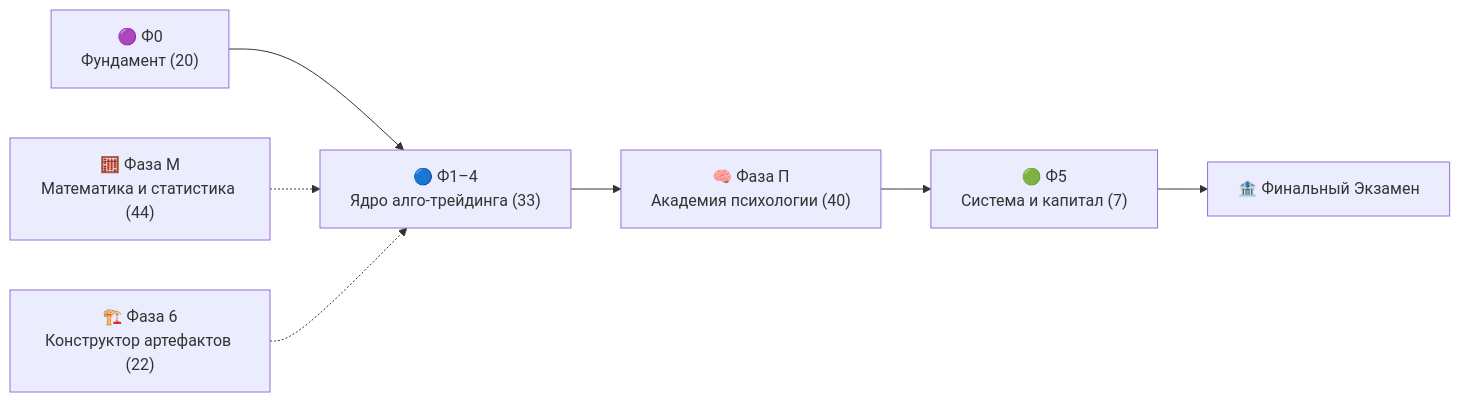
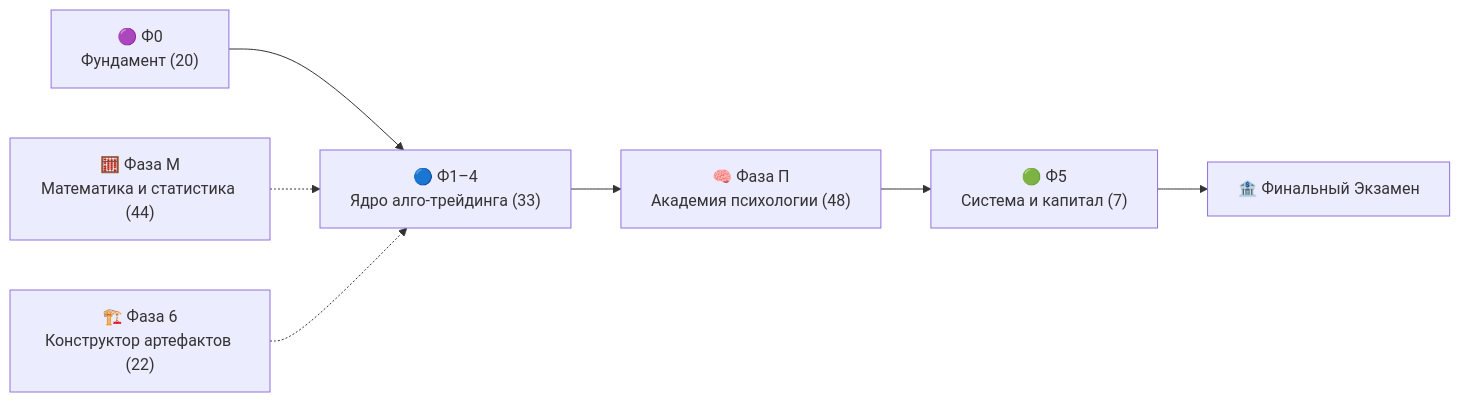
Before and after one commit to AlexZander85/crypto: the first of 2 diagrams in README.md, drawn with Mermaid. The commit also changed other lines of this file and 1 other file, not shown here.

Commit message:
feat(psy): обновление main до 48 уроков психологии и 144 тестов

````diff
--- a/README.md
+++ b/README.md
@@ -43,6 +43,6 @@
 ```mermaid
 flowchart LR
-    A["🟣 Ф0<br/>Фундамент (20)"] --> B["🔵 Ф1–4<br/>Ядро алго-трейдинга (33)"] --> C["🧠 Фаза П<br/>Академия психологии (40)"] --> D["🟢 Ф5<br/>Система и капитал (7)"] --> E["🏦 Финальный Экзамен"]
+    A["🟣 Ф0<br/>Фундамент (20)"] --> B["🔵 Ф1–4<br/>Ядро алго-трейдинга (33)"] --> C["🧠 Фаза П<br/>Академия психологии (48)"] --> D["🟢 Ф5<br/>Система и капитал (7)"] --> E["🏦 Финальный Экзамен"]
     F["🧮 Фаза М<br/>Математика и статистика (44)"] -.-> B
     G["🏗️ Фаза 6<br/>Конструктор артефактов (22)"] -.-> B
 ```
````
